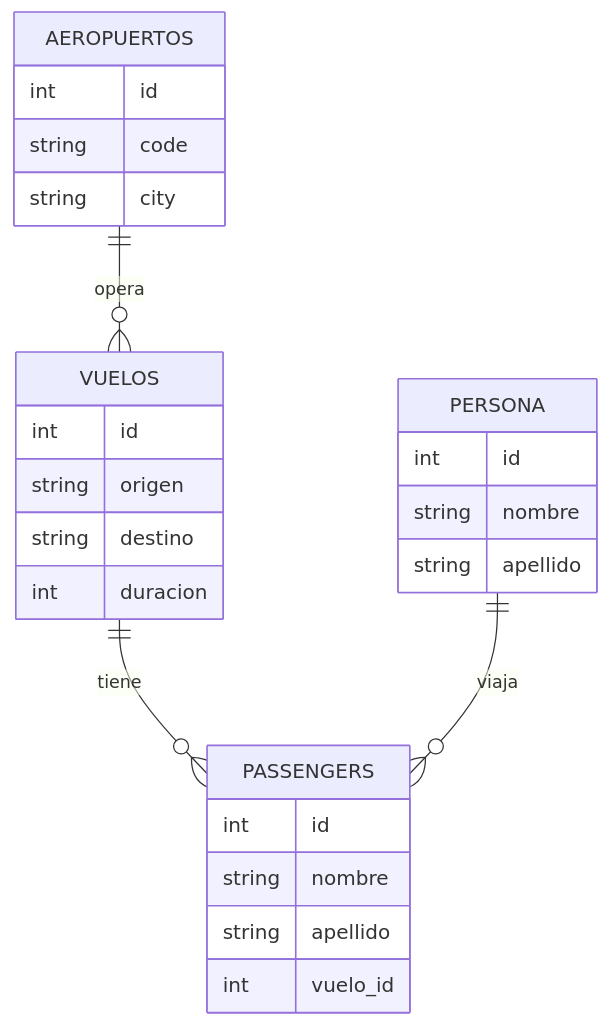
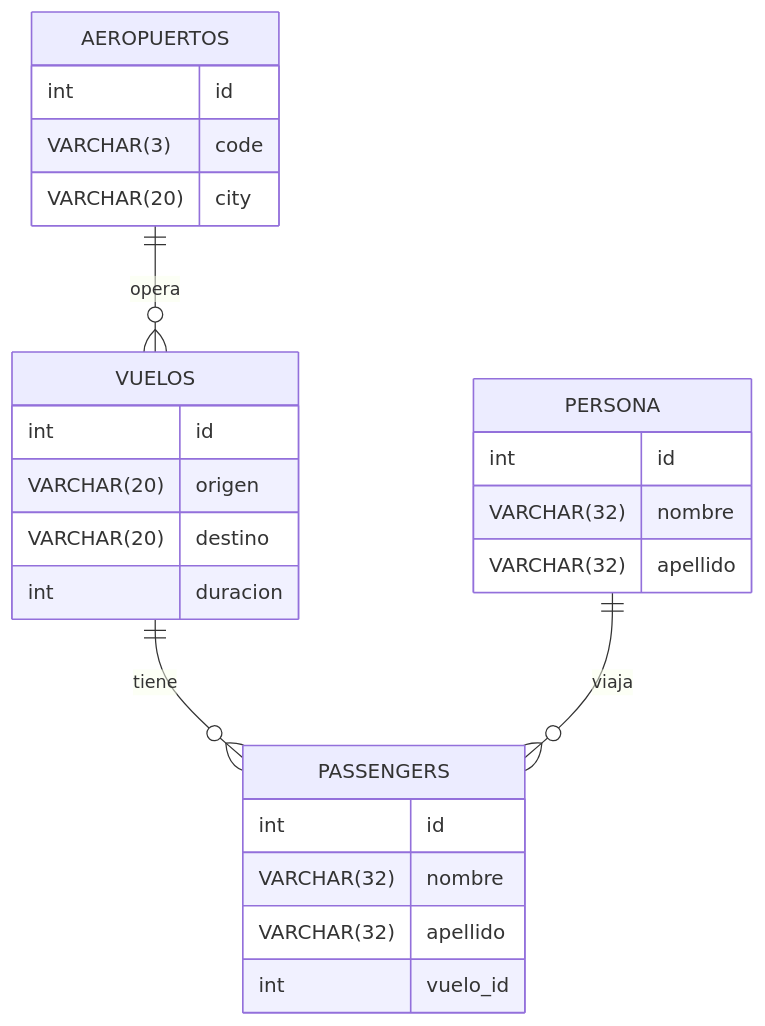
Before and after one commit to jcarbajal-dv/VuelosOK: the diagram in README.md, drawn with Mermaid.

Commit message:
Mas Correciones

````diff
--- a/README.md
+++ b/README.md
@@ -7,33 +7,33 @@
 ```mermaid
 erDiagram
     VUELOS {
         int id
-        string origen
-        string destino
+        VARCHAR(20) origen
+        VARCHAR(20) destino
         int duracion
     }
 
     PERSONA {
         int id
-        string nombre
-        string apellido
+        VARCHAR(32) nombre
+        VARCHAR(32) apellido
     }
 
     PASSENGERS {
         int id
-        string nombre
-        string apellido
+        VARCHAR(32) nombre
+        VARCHAR(32) apellido
         int vuelo_id
     }
 
     AEROPUERTOS {
         int id
-        string code
-        string city
+        VARCHAR(3) code
+        VARCHAR(20) city
     }
 
     VUELOS ||--o{ PASSENGERS : "tiene"
     AEROPUERTOS ||--o{ VUELOS : "opera"
     PERSONA ||--o{ PASSENGERS : "viaja"
 
 ```
````
